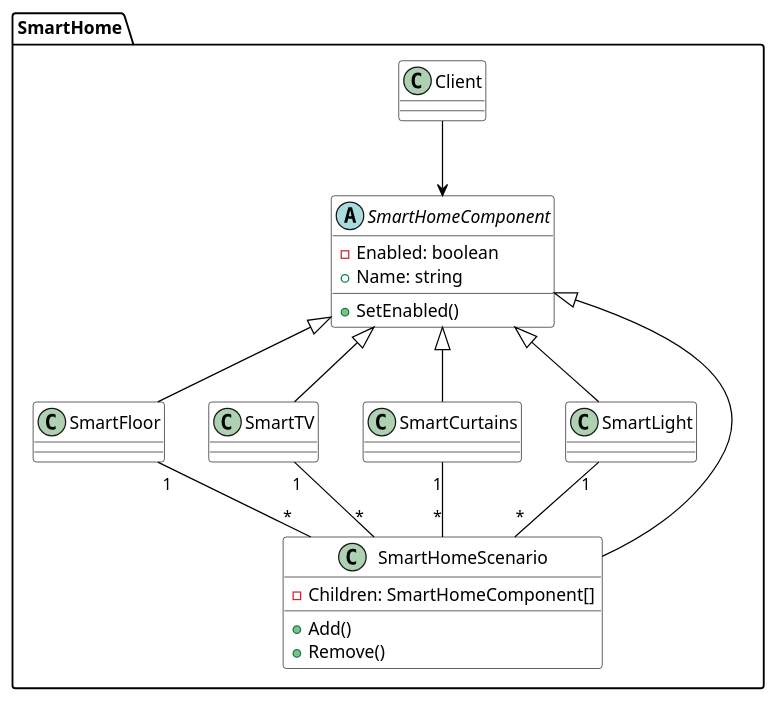
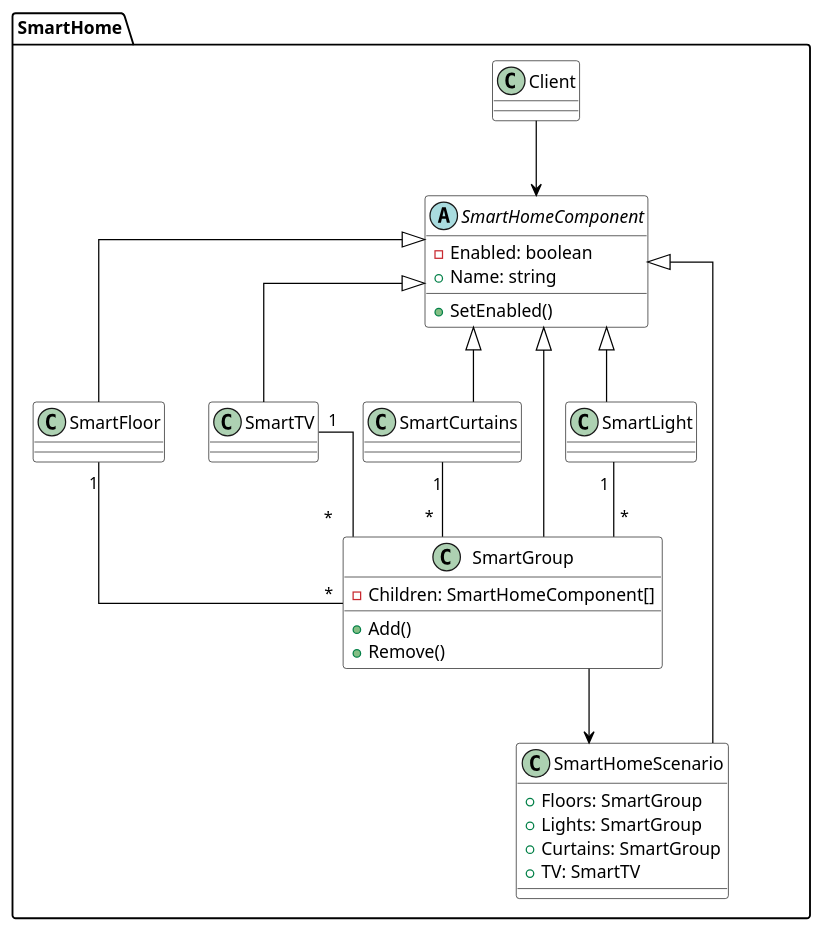
The diagram in Composite/docs/img/Task_CD.puml (rovany706/design-patterns), drawn with PlantUML before and after one commit. The commit also changed 4 other files, not shown here.

```diff
--- a/Composite/docs/img/Task_CD.puml
+++ b/Composite/docs/img/Task_CD.puml
@@ -1,56 +1,67 @@
 @startuml
 package "SmartHome" {
     skinparam class {
 	BackgroundColor White
 	ArrowColor Black
 	BorderColor Black
     }
+    skinparam Linetype ortho
 
     class Client {
 
     }
 
     abstract class SmartHomeComponent {
         -Enabled: boolean
         +Name: string
         +SetEnabled()
     }
 
     class SmartFloor {
 
     }
 
     class SmartTV {
 
     }
     
     class SmartCurtains {
 
     }
 
     class SmartLight {
 
     }
+
+    class SmartGroup {
+        -Children: SmartHomeComponent[]
+        +Add()
+        +Remove()
+    }
     
 
     class SmartHomeScenario {
-        -Children: SmartHomeComponent[]
-        +Add()
-        +Remove()
+        +Floors: SmartGroup
+        +Lights: SmartGroup
+        +Curtains: SmartGroup
+        +TV: SmartTV
     }
 
     Client --> SmartHomeComponent
     SmartHomeScenario --|> SmartHomeComponent
 
     SmartFloor -up-|> SmartHomeComponent
     SmartTV -up-|> SmartHomeComponent
     SmartCurtains -up-|> SmartHomeComponent
     SmartLight -up-|> SmartHomeComponent
 
-    SmartFloor "1" -- "*" SmartHomeScenario
-    SmartTV "1" -- "*" SmartHomeScenario
-    SmartCurtains "1" -- "*" SmartHomeScenario
-    SmartLight "1" -- "*" SmartHomeScenario
+    SmartFloor "1" -- "*" SmartGroup
+    SmartTV "1" -- "*" SmartGroup
+    SmartCurtains "1" -- "*" SmartGroup
+    SmartLight "1" -- "*" SmartGroup
+
+    SmartGroup --|> SmartHomeComponent
+    SmartGroup --> SmartHomeScenario
   
 } 
 @enduml
```
